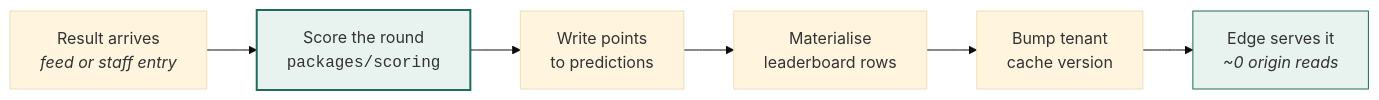
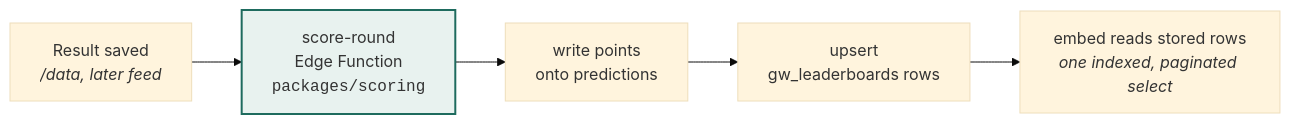
One commit to matchinist/gameweek changed the second of 3 diagrams in docs/TARGET-ARCHITECTURE.md. Above: the diagram before and after it, drawn with Mermaid (base theme). The commit also changed other lines of this file and 4 other files, not shown here.

Commit message:
Add rearchitecture plan docs and live RLS policy audit (Phase 0.1)

````diff
--- a/docs/TARGET-ARCHITECTURE.md
+++ b/docs/TARGET-ARCHITECTURE.md
@@ -148,11 +183,9 @@
 ```mermaid
 flowchart LR
-    ingest["Result arrives<br/><i>feed or staff entry</i>"] --> score["Score the round<br/><code>packages/scoring</code>"]
-    score --> store["Write points<br/>to predictions"]
-    store --> snap["Materialise<br/>leaderboard rows"]
-    snap --> bump["Bump tenant<br/>cache version"]
-    bump --> served["Edge serves it<br/><i>~0 origin reads</i>"]
+    ingest["Result saved<br/><i>/data, later feed</i>"] --> fn["score-round<br/>Edge Function<br/><code>packages/scoring</code>"]
+    fn --> pts["write points<br/>onto predictions"]
+    pts --> lb["upsert<br/>gw_leaderboards rows"]
+    lb --> read["embed reads stored rows<br/><i>one indexed, paginated select</i>"]
 
-    style score fill:#e8f2ef,stroke:#1e6b5e,stroke-width:2px
-    style served fill:#e8f2ef,stroke:#1e6b5e
+    style fn fill:#e8f2ef,stroke:#1e6b5e,stroke-width:2px
 ```
````
